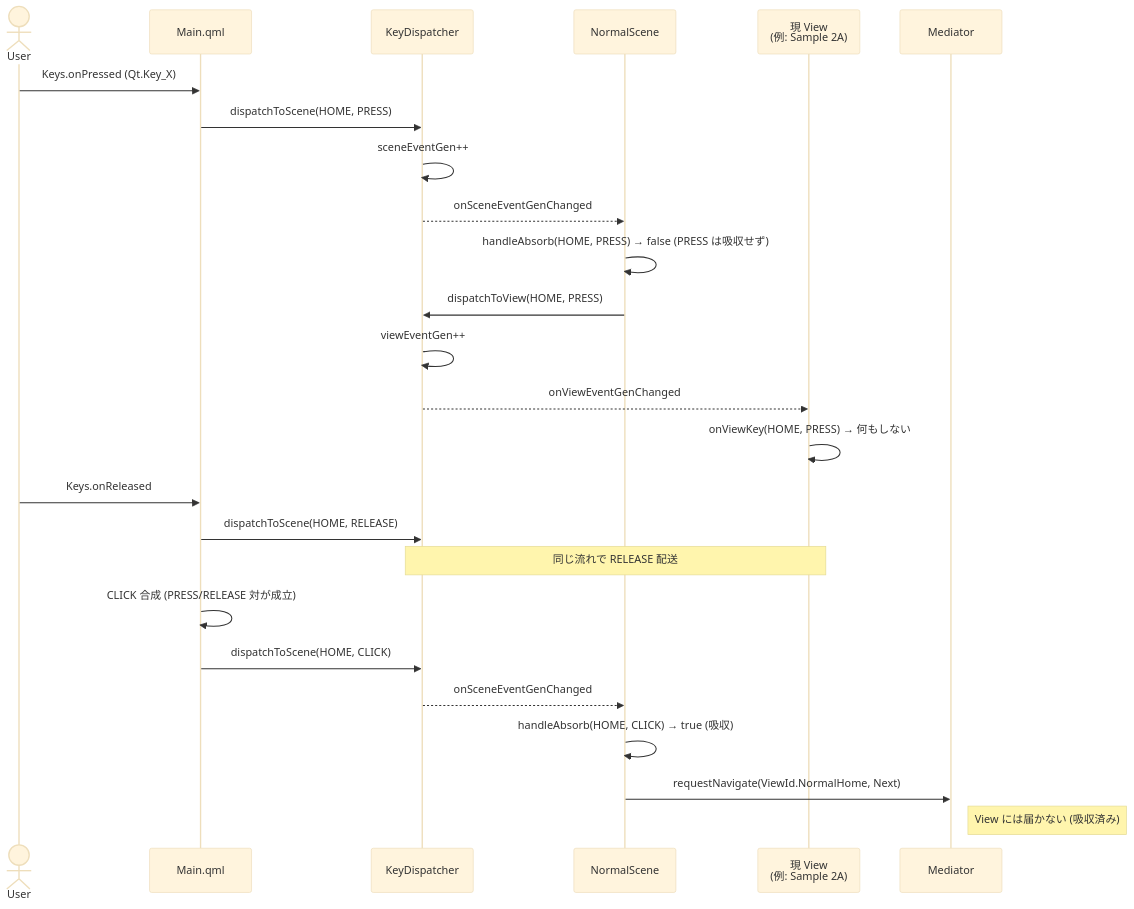
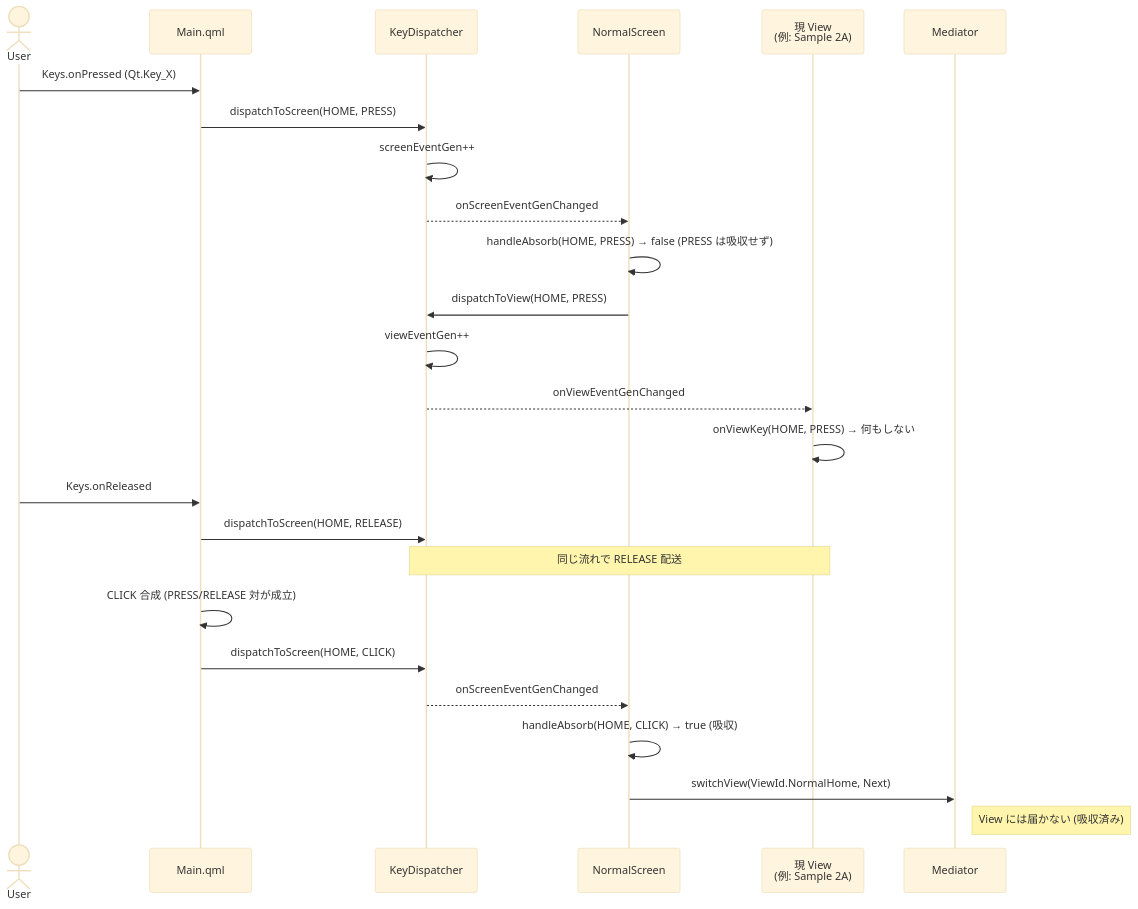
Before and after one commit to yuya-kadono/qul-loader-navigation-poc: the third of 11 diagrams in docs/flows.md, drawn with Mermaid (base theme). The commit also changed other lines of this file and 40 other files, not shown here.

````diff
--- a/docs/flows.md
+++ b/docs/flows.md
@@ -86,30 +89,30 @@
 ```mermaid
 sequenceDiagram
     actor User
     participant Main as Main.qml
     participant KD as KeyDispatcher
-    participant NS as NormalScene
+    participant NS as NormalScreen
     participant Cur as 現 View<br>(例: Sample 2A)
     participant Med as Mediator
 
     User->>Main: Keys.onPressed (Qt.Key_X)
-    Main->>KD: dispatchToScene(HOME, PRESS)
-    KD->>KD: sceneEventGen++
-    KD-->>NS: onSceneEventGenChanged
+    Main->>KD: dispatchToScreen(HOME, PRESS)
+    KD->>KD: screenEventGen++
+    KD-->>NS: onScreenEventGenChanged
     NS->>NS: handleAbsorb(HOME, PRESS) → false (PRESS は吸収せず)
     NS->>KD: dispatchToView(HOME, PRESS)
     KD->>KD: viewEventGen++
     KD-->>Cur: onViewEventGenChanged
     Cur->>Cur: onViewKey(HOME, PRESS) → 何もしない
 
     User->>Main: Keys.onReleased
-    Main->>KD: dispatchToScene(HOME, RELEASE)
+    Main->>KD: dispatchToScreen(HOME, RELEASE)
     Note over KD,Cur: 同じ流れで RELEASE 配送
 
     Main->>Main: CLICK 合成 (PRESS/RELEASE 対が成立)
-    Main->>KD: dispatchToScene(HOME, CLICK)
-    KD-->>NS: onSceneEventGenChanged
+    Main->>KD: dispatchToScreen(HOME, CLICK)
+    KD-->>NS: onScreenEventGenChanged
     NS->>NS: handleAbsorb(HOME, CLICK) → true (吸収)
-    NS->>Med: requestNavigate(ViewId.NormalHome, Next)
+    NS->>Med: switchView(ViewId.NormalHome, Next)
     Note right of Med: View には届かない (吸収済み)
 ```
````
